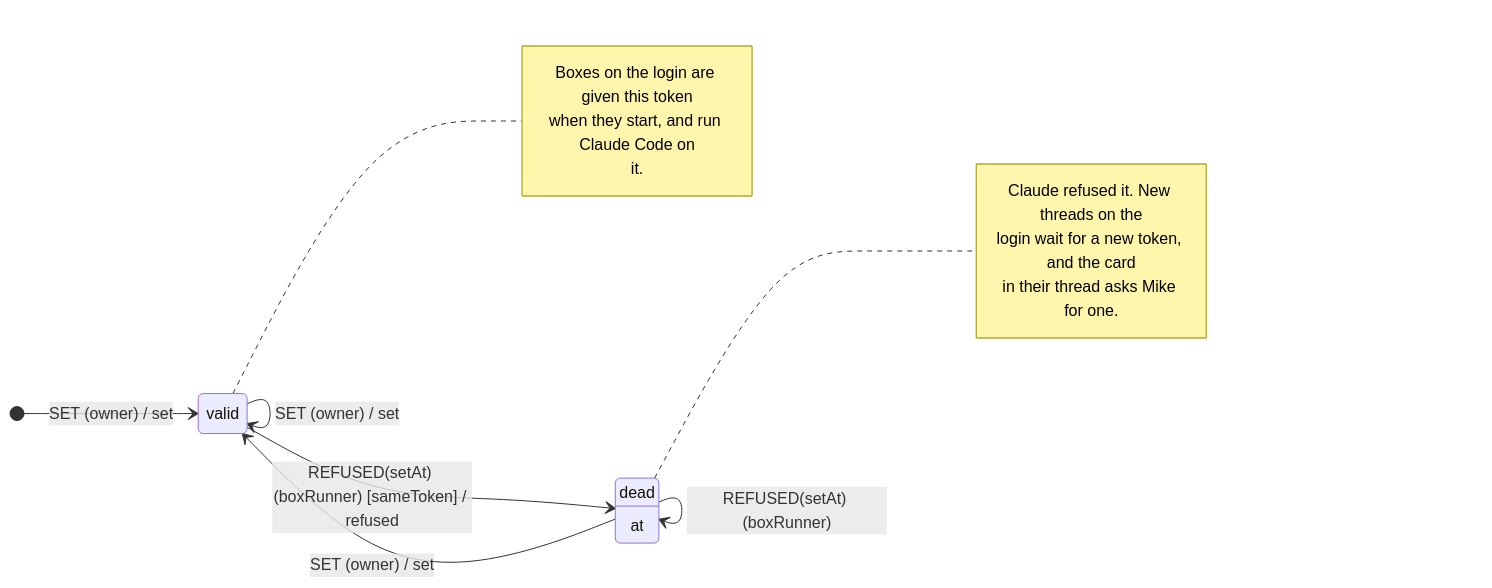
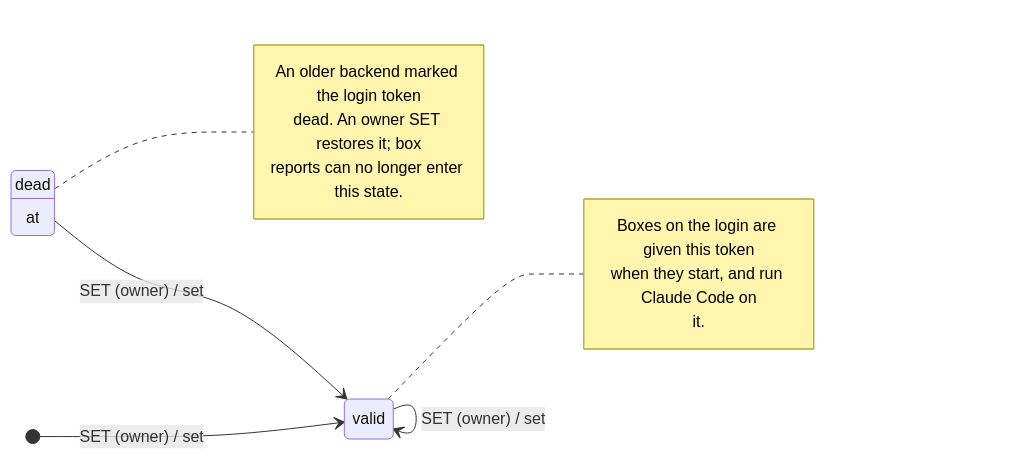
The sixth of 8 diagrams in docs/machines.md (cpo-olli/threadbear), drawn with Mermaid before and after one commit. The commit also changed other lines of this file and 26 other files, not shown here.

First line of the commit message:
Scope cloud token refusal to its box and cap public JSON requests

````diff
--- a/docs/machines.md
+++ b/docs/machines.md
@@ -728,22 +728,20 @@
 ```mermaid
 stateDiagram-v2
   direction LR
   state "valid" as valid
   note right of valid
 Boxes on the login are given this token
 when they start, and run Claude Code on
 it.
   end note
   state "dead" as dead
   dead : at
   note right of dead
-Claude refused it. New threads on the
-login wait for a new token, and the card
-in their thread asks Mike for one.
+An older backend marked the login token
+dead. An owner SET restores it; box
+reports can no longer enter this state.
   end note
   [*] --> valid : SET (owner) / set
   valid --> valid : SET (owner) / set
-  valid --> dead : REFUSED(setAt) (boxRunner) [sameToken] / refused
   dead --> valid : SET (owner) / set
-  dead --> dead : REFUSED(setAt) (boxRunner)
 ```
````
